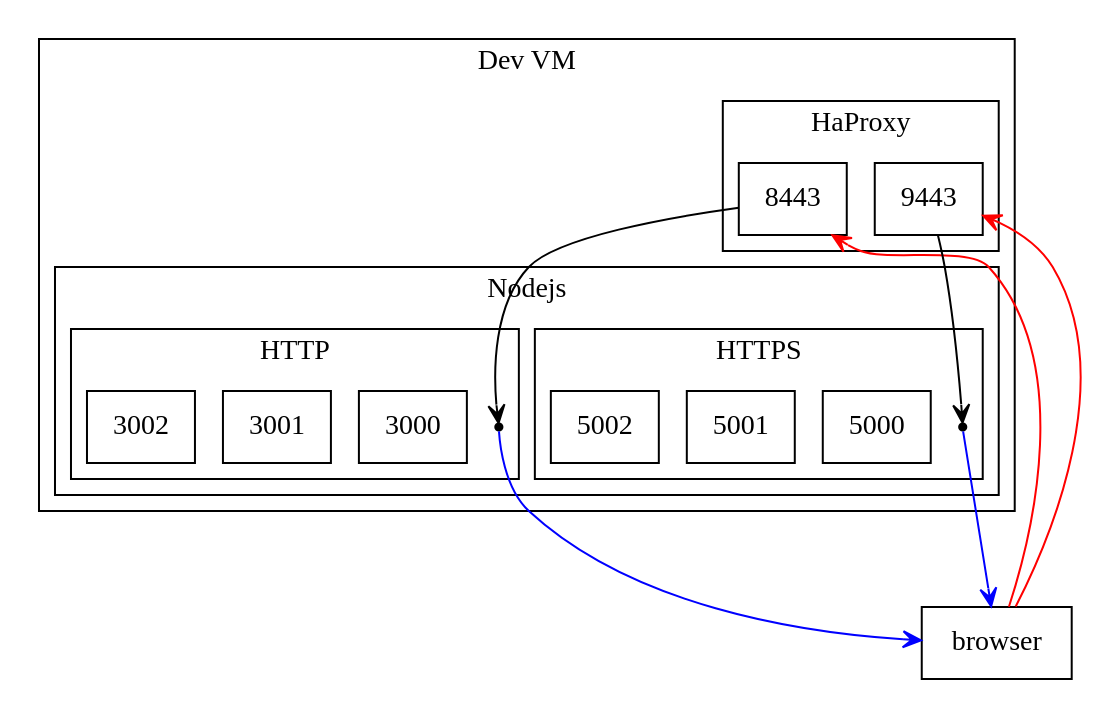
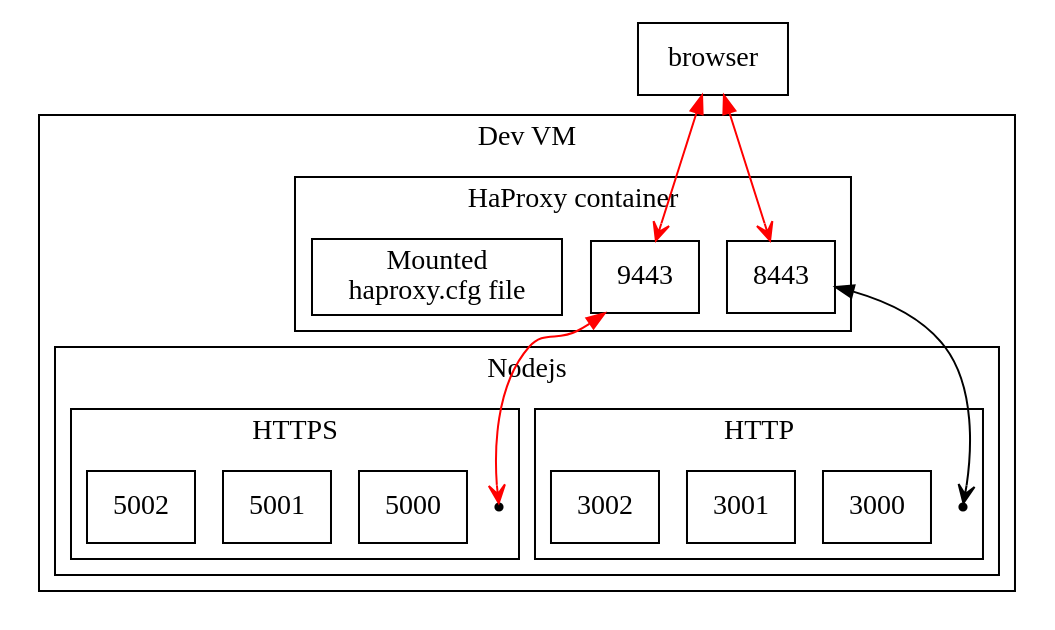
One commit to thailekha/haproxy-termination-passthough changed the diagram in architecture.dot. Above: the diagram before and after it, drawn with Graphviz. The commit also changed 11 other files, not shown here.

```diff
--- a/architecture.dot
+++ b/architecture.dot
@@ -1,43 +1,38 @@
 
 digraph G {
   graph[center=true, ranksep=1, nodesep=0.2, splines=true]
   edge[arrowsize=0.9, arrowhead=vee]
   node [shape="box"]
   browser
-
   subgraph cluster_0 {
     label="Dev VM"
     subgraph cluster_0a {
-      label="HaProxy"
+      label="HaProxy container"
       8443
       9443
+      cfg [label="Mounted\nhaproxy.cfg file"]
     }
     subgraph cluster_0b {
       label="Nodejs"
       subgraph cluster_0c {
         label="HTTP"
         hx [shape=point]
         3000
         3001
         3002
       }
 
       subgraph cluster_0d {
         label="HTTPS"
         sx [shape=point]
         5000
         5001
         5002
       }
     }
   }
-
-  browser -> 8443 [color=red]
-  browser -> 9443 [color=red]
-
-  8443 -> hx
-  9443 -> sx
-
-  hx -> browser [color=blue]
-  sx -> browser [color=blue]
+  browser -> 8443 [dir=both, color=red]
+  browser -> 9443 [dir=both, color=red]
+  8443 -> hx [dir=both]
+  9443 -> sx [dir=both, color=red]
 }
```
